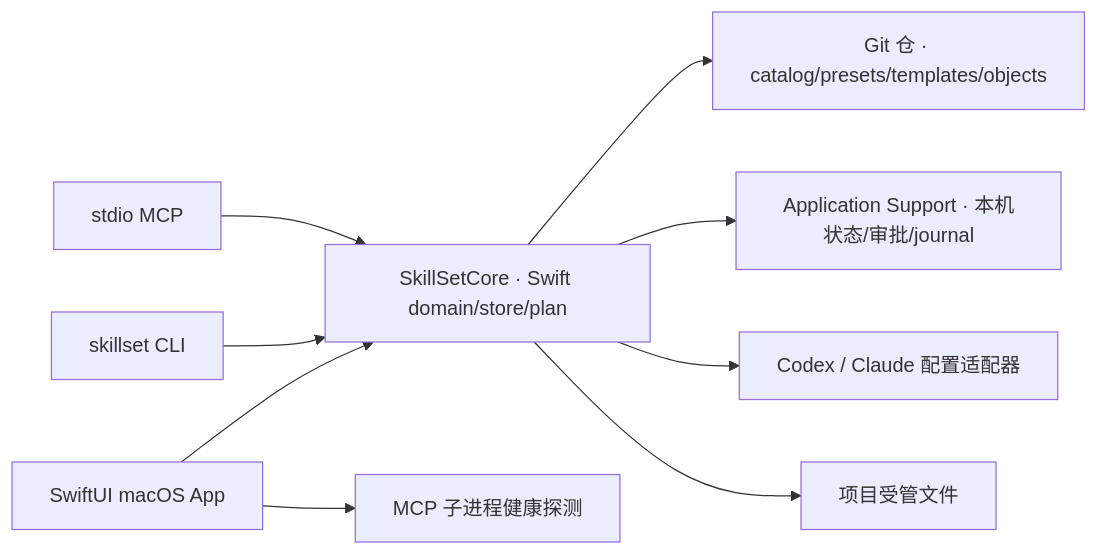
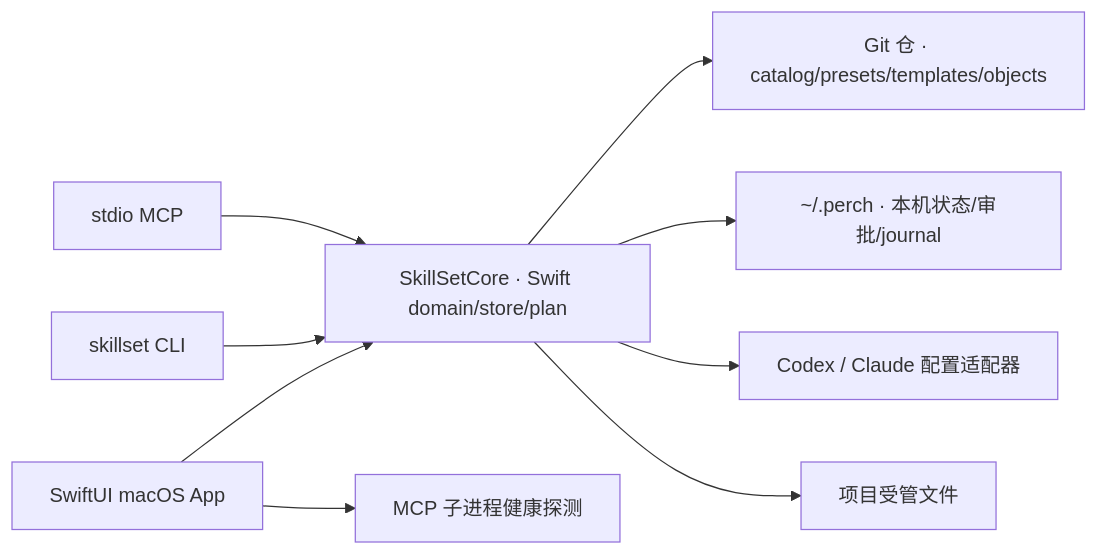
One commit to nixihz/perch changed the diagram in docs/specs/architecture.md. Above: the diagram before and after it, drawn with Mermaid. The commit also changed other lines of this file and 9 other files, not shown here.

````diff
--- a/docs/specs/architecture.md
+++ b/docs/specs/architecture.md
@@ -11,11 +11,11 @@
 ```mermaid
 flowchart LR
   APP[SwiftUI macOS App] --> CORE[SkillSetCore · Swift domain/store/plan]
   CLI[skillset CLI] --> CORE
   MCP[stdio MCP] --> CORE
   CORE --> GIT[Git 仓 · catalog/presets/templates/objects]
-  CORE --> USER[Application Support · 本机状态/审批/journal]
+  CORE --> USER[~/.perch · 本机状态/审批/journal]
   CORE --> HOST[Codex / Claude 配置适配器]
   CORE --> FS[项目受管文件]
   APP --> HEALTH[MCP 子进程健康探测]
 ```
````
